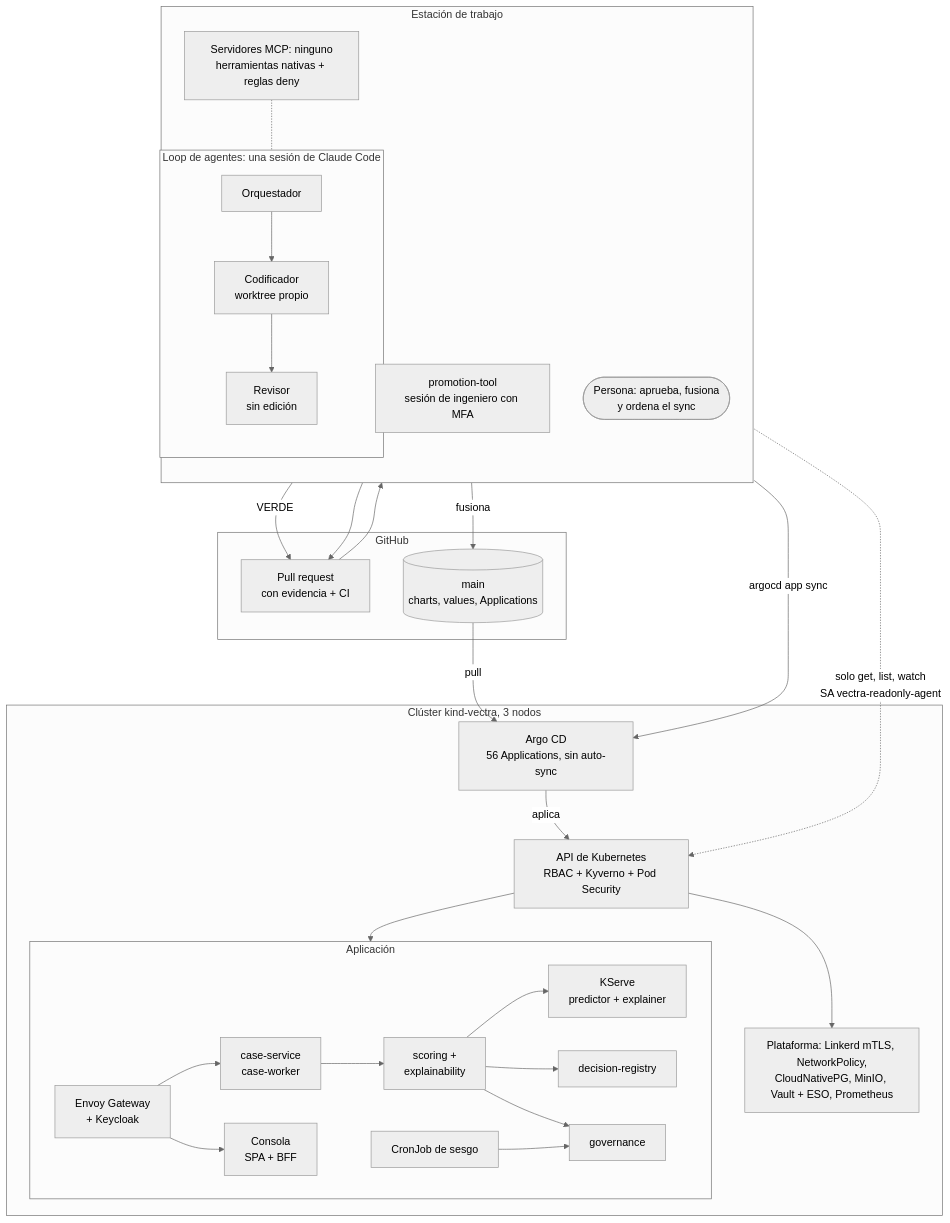
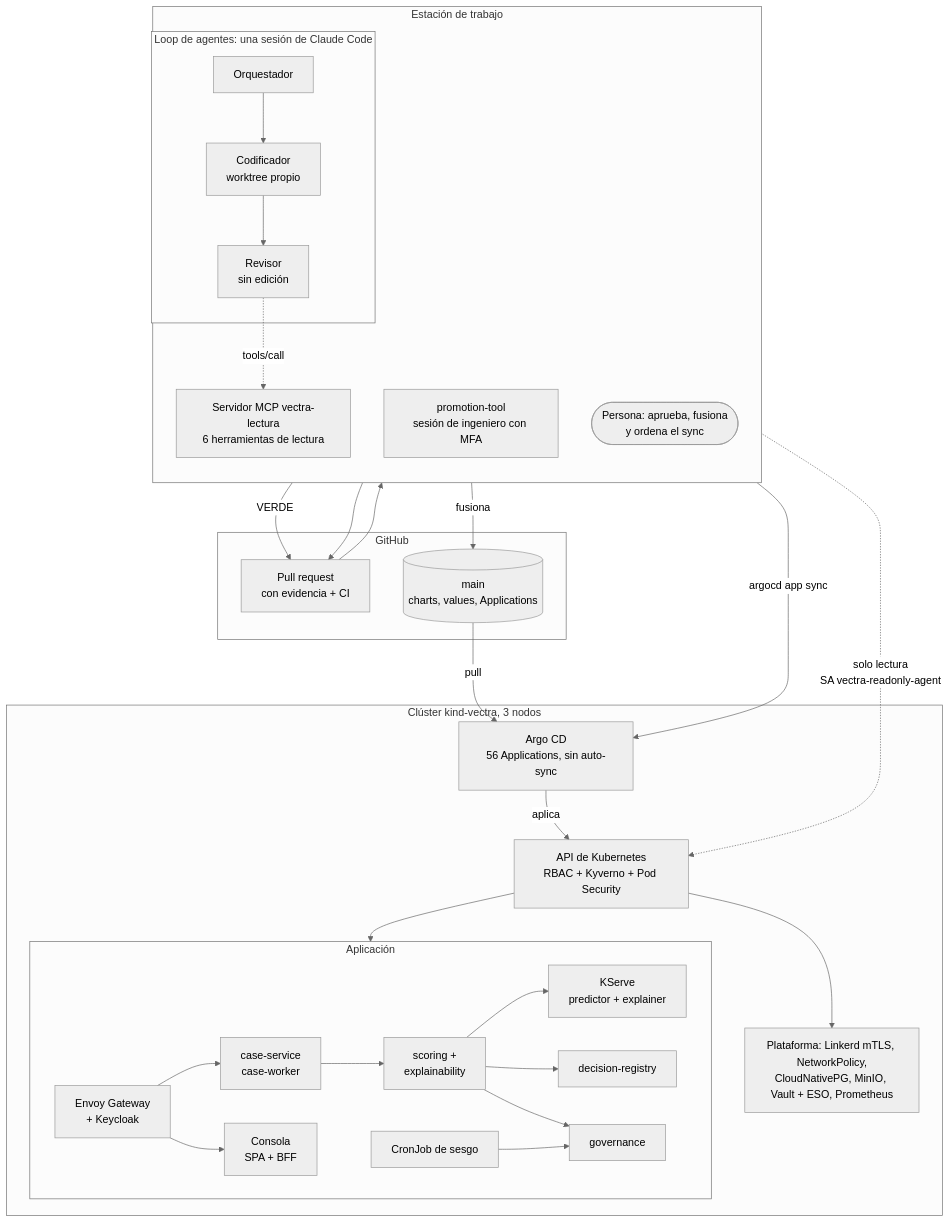
Before and after one commit to jjlloobb/topicos-especiales-credito-de-vivienda: the diagram in README.md, drawn with Mermaid (neutral theme). The commit also changed other lines of this file and 4 other files, not shown here.

````diff
--- a/README.md
+++ b/README.md
@@ -46,46 +40,46 @@
 ```mermaid
 flowchart TB
     subgraph EST["Estación de trabajo"]
         direction TB
         subgraph LOOP["Loop de agentes: una sesión de Claude Code"]
             ORQ["Orquestador"] --> COD["Codificador<br/>worktree propio"]
             COD --> REV["Revisor<br/>sin edición"]
         end
-        MCP["Servidores MCP: ninguno<br/>herramientas nativas + reglas deny"]
+        MCP["Servidor MCP vectra-lectura<br/>6 herramientas de lectura"]
         PT["promotion-tool<br/>sesión de ingeniero con MFA"]
         PERS(["Persona: aprueba, fusiona<br/>y ordena el sync"])
     end
 
     subgraph GH["GitHub"]
         PR["Pull request<br/>con evidencia + CI"]
         MAIN[("main<br/>charts, values, Applications")]
     end
 
     subgraph K8S["Clúster kind-vectra, 3 nodos"]
         API["API de Kubernetes<br/>RBAC + Kyverno + Pod Security"]
         ARGO["Argo CD<br/>56 Applications, sin auto-sync"]
         subgraph APP["Aplicación"]
             direction LR
             GW["Envoy Gateway<br/>+ Keycloak"] --> CASE["case-service<br/>case-worker"]
             GW --> CON["Consola<br/>SPA + BFF"]
             CASE --> SCO["scoring +<br/>explainability"]
             SCO --> KS["KServe<br/>predictor + explainer"]
             SCO --> REG["decision-registry"]
             SCO --> GOV["governance"]
             BIAS["CronJob de sesgo"] --> GOV
         end
         PLAT["Plataforma: Linkerd mTLS, NetworkPolicy,<br/>CloudNativePG, MinIO, Vault + ESO, Prometheus"]
     end
 
     REV -->|VERDE| PR
+    REV -.->|"tools/call"| MCP
+    MCP -.->|"solo lectura<br/>SA vectra-readonly-agent"| API
     PT --> PR
     PR --> PERS
     PERS -->|fusiona| MAIN
     MAIN -->|pull| ARGO
     PERS -->|"argocd app sync"| ARGO
     ARGO -->|aplica| API
     API --> APP
     API --> PLAT
-    LOOP -.->|"solo get, list, watch<br/>SA vectra-readonly-agent"| API
-    MCP -.- LOOP
 ```
````
